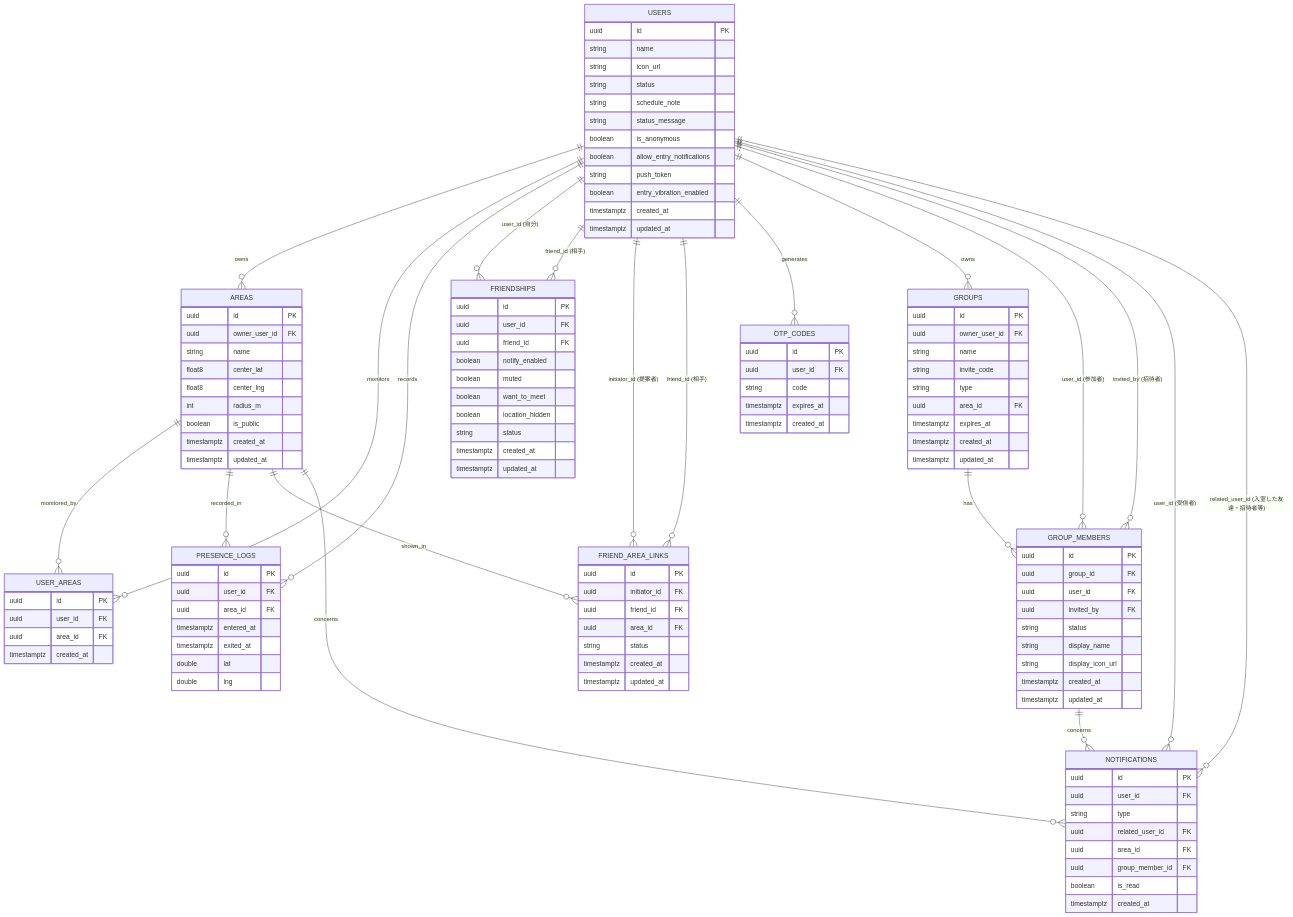
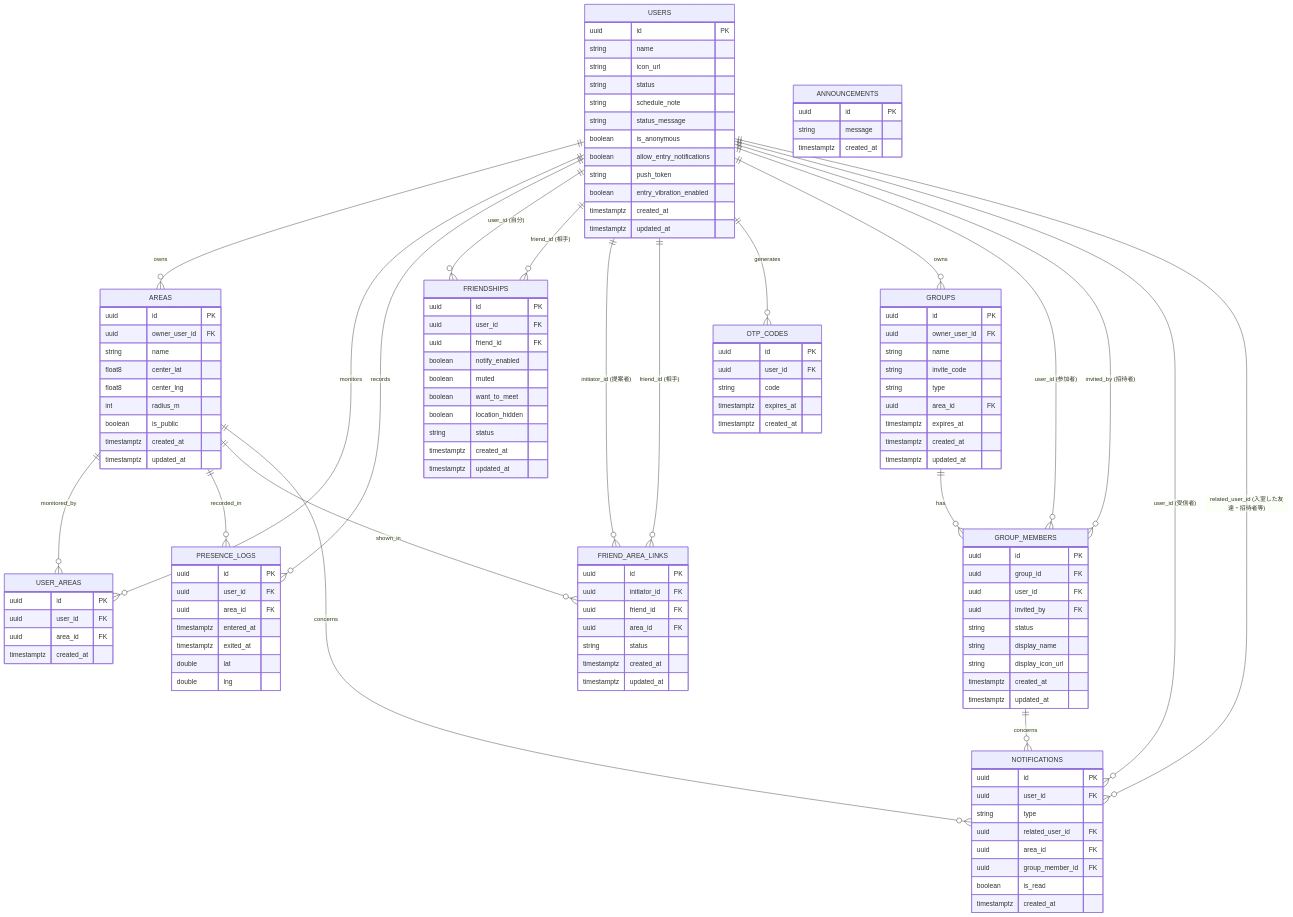
One commit to ochi06/oruca changed the diagram in docs/schema.md. Above: the diagram before and after it, drawn with Mermaid. The commit also changed other lines of this file, not shown here.

````diff
--- a/docs/schema.md
+++ b/docs/schema.md
@@ -126,4 +126,9 @@
     boolean is_read
     timestamptz created_at
   }
+  ANNOUNCEMENTS {
+    uuid id PK
+    string message
+    timestamptz created_at
+  }
 ```
````
